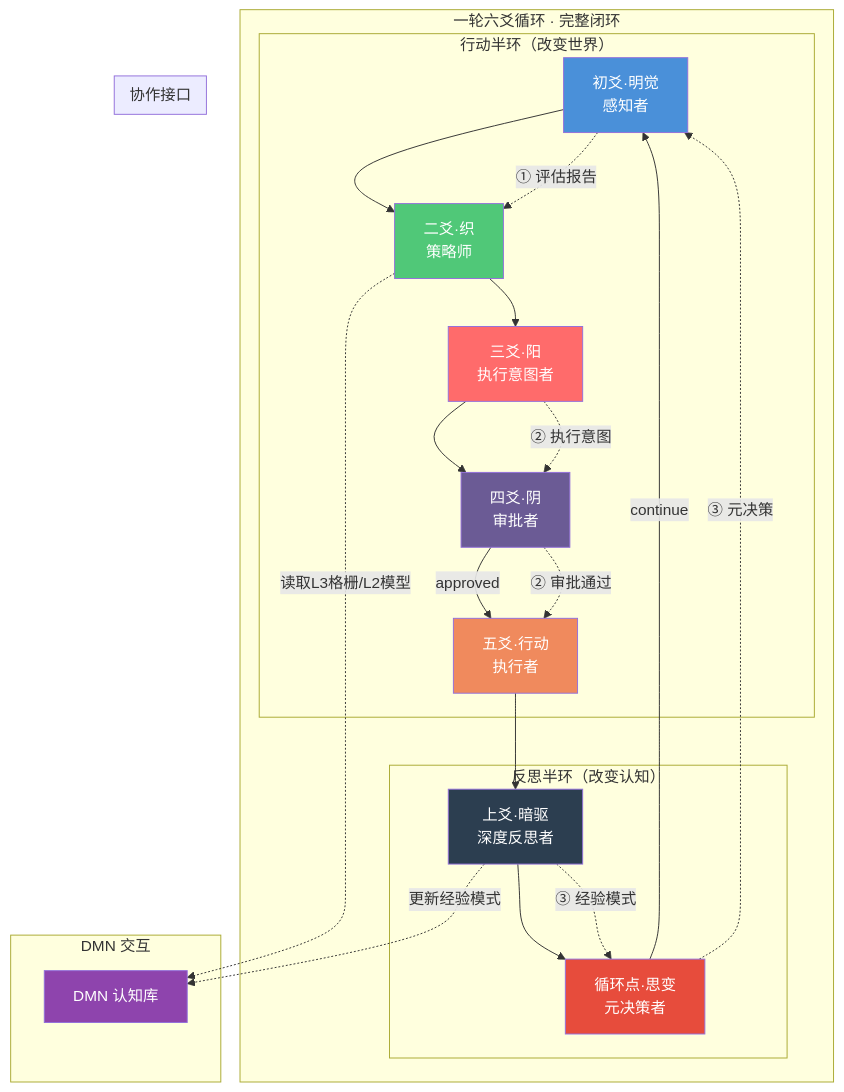
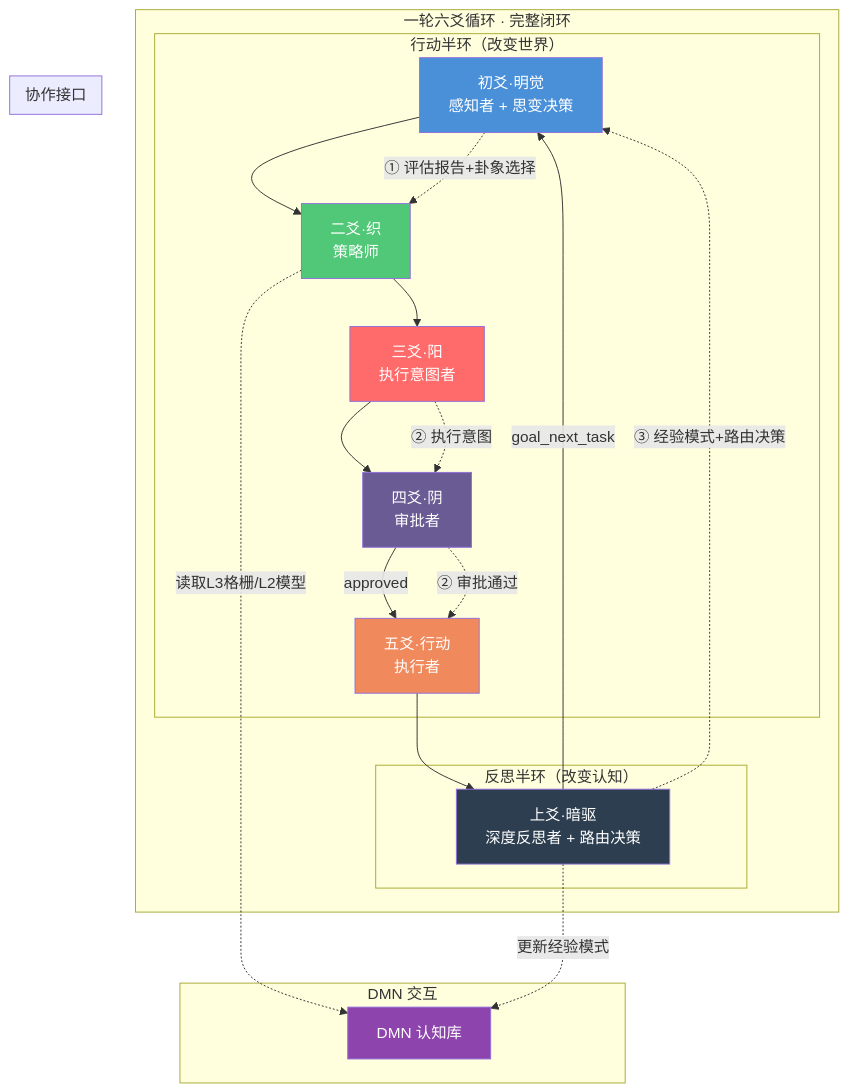
The diagram in docs/基础篇-02-六爻详解-重制版.md (wenge6090-cell/Taiji), drawn with Mermaid before and after one commit. The commit also changed other lines of this file and 163 other files, not shown here.

````diff
--- a/docs/基础篇-02-六爻详解-重制版.md
+++ b/docs/基础篇-02-六爻详解-重制版.md
@@ -446,40 +435,37 @@
 ```mermaid
 graph TB
     subgraph "一轮六爻循环 · 完整闭环"
         subgraph "行动半环（改变世界）"
-            M[初爻·明觉<br/>感知者] --> W[二爻·织<br/>策略师]
+            M[初爻·明觉<br/>感知者 + 思变决策] --> W[二爻·织<br/>策略师]
             W --> Y[三爻·阳<br/>执行意图者]
             Y --> I[四爻·阴<br/>审批者]
             I -->|approved| E[五爻·行动<br/>执行者]
         end
 
         subgraph "反思半环（改变认知）"
-            E --> A[上爻·暗驱<br/>深度反思者]
-            A --> S[循环点·思变<br/>元决策者]
+            E --> A[上爻·暗驱<br/>深度反思者 + 路由决策]
         end
 
-        S -->|continue| M
+        A -->|goal_next_task| M
     end
 
     subgraph "协作接口"
-        M -.->|"① 评估报告"| W
+        M -.->|"① 评估报告+卦象选择"| W
         Y -.->|"② 执行意图"| I
         I -.->|"② 审批通过"| E
-        A -.->|"③ 经验模式"| S
-        S -.->|"③ 元决策"| M
+        A -.->|"③ 经验模式+路由决策"| M
     end
 
     subgraph "DMN 交互"
         W -.->|"读取L3格栅/L2模型"| D[DMN 认知库]
         A -.->|"更新经验模式"| D
     end
 
     style M fill:#4a90d9,color:#fff
     style W fill:#50c878,color:#fff
     style Y fill:#ff6b6b,color:#fff
     style I fill:#6b5b95,color:#fff
     style E fill:#f08a5d,color:#fff
     style A fill:#2c3e50,color:#fff
-    style S fill:#e74c3c,color:#fff
     style D fill:#8e44ad,color:#fff
 ```
````
